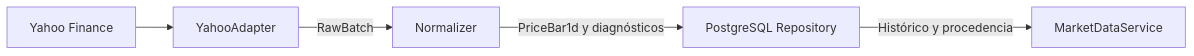
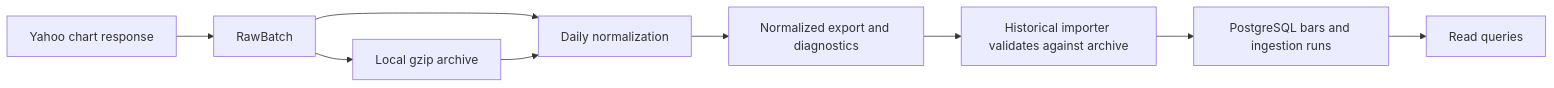
The diagram in docs/market-data-foundation.md (mauriciocasaco/MacroPulse-AI), drawn with Mermaid before and after one commit. The commit also changed other lines of this file and 3 other files, not shown here.

Commit message:
docs(market-data): finalize phase 2 documentation and technical review

````diff
--- a/docs/market-data-foundation.md
+++ b/docs/market-data-foundation.md
@@ -178,7 +7,11 @@
 ```mermaid
 flowchart LR
-    Y[Yahoo Finance] --> A[YahooAdapter]
-    A -->|RawBatch| N[Normalizer]
-    N -->|PriceBar1d y diagnósticos| R[PostgreSQL Repository]
-    R -->|Histórico y procedencia| S[MarketDataService]
+    Y[Yahoo chart response] --> A[RawBatch]
+    A --> N[Daily normalization]
+    A --> G[Local gzip archive]
+    G --> N
+    N --> E[Normalized export and diagnostics]
+    E --> I[Historical importer validates against archive]
+    I --> P[PostgreSQL bars and ingestion runs]
+    P --> Q[Read queries]
 ```
````
